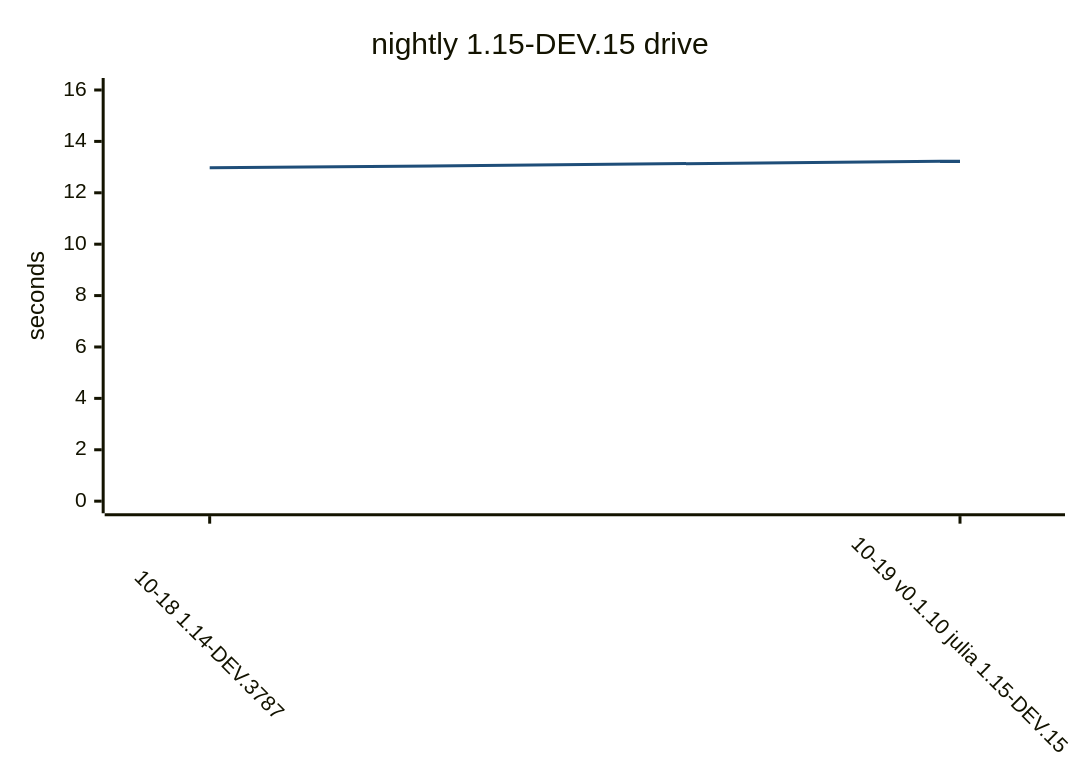
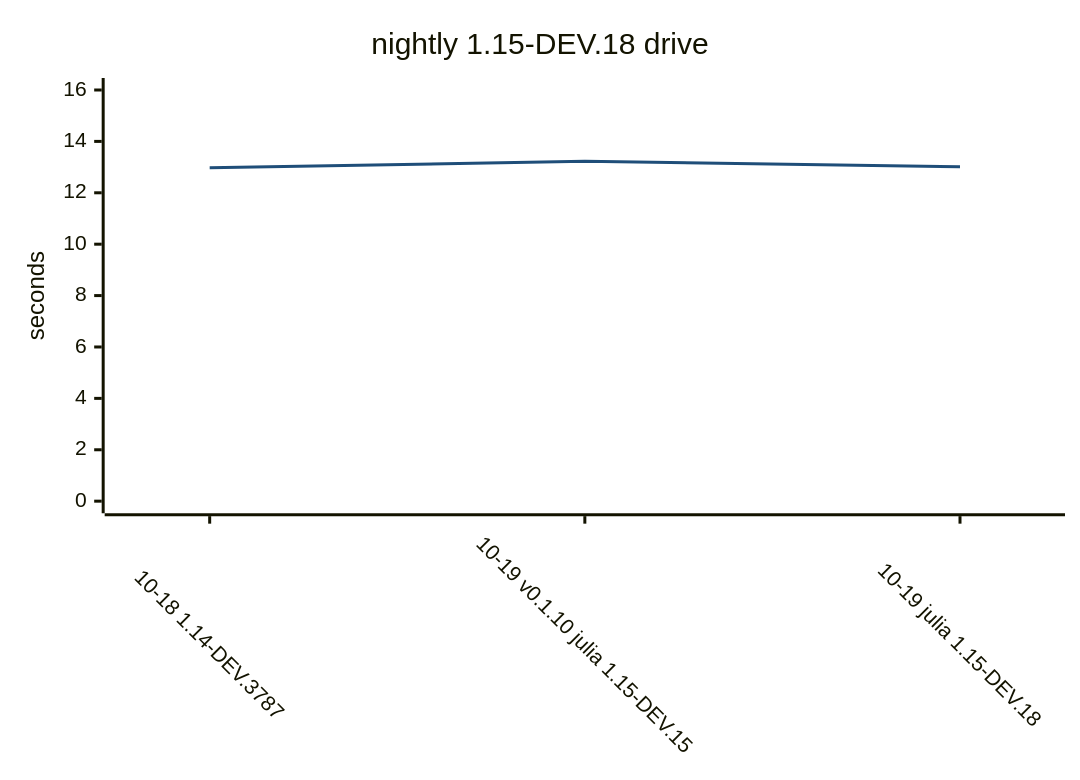
Before and after one commit to yamanori99/DistSSHRun.jl: the ninth of 9 diagrams in README.md, drawn with Mermaid. The commit also changed other lines of this file and 1 other file, not shown here.

Commit message:
Record compile bench for nightly.

````diff
--- a/README.md
+++ b/README.md
@@ -304,17 +305,17 @@
 ```mermaid
 ---
 config:
   theme: base
   themeVariables:
     xyChart:
       plotColorPalette: "#1f4e79"
   xyChart:
     xAxis:
       labelRotation: 45
 ---
 xychart-beta
-    title "nightly 1.15-DEV.15 drive"
-    x-axis ["10-18 1.14-DEV.3787", "10-19 v0.1.10 julia 1.15-DEV.15"]
+    title "nightly 1.15-DEV.18 drive"
+    x-axis ["10-18 1.14-DEV.3787", "10-19 v0.1.10 julia 1.15-DEV.15", "10-19 julia 1.15-DEV.18"]
     y-axis "seconds" 0 --> 16
-    line [12.97, 13.23]
+    line [12.97, 13.23, 13.01]
 ```
````
